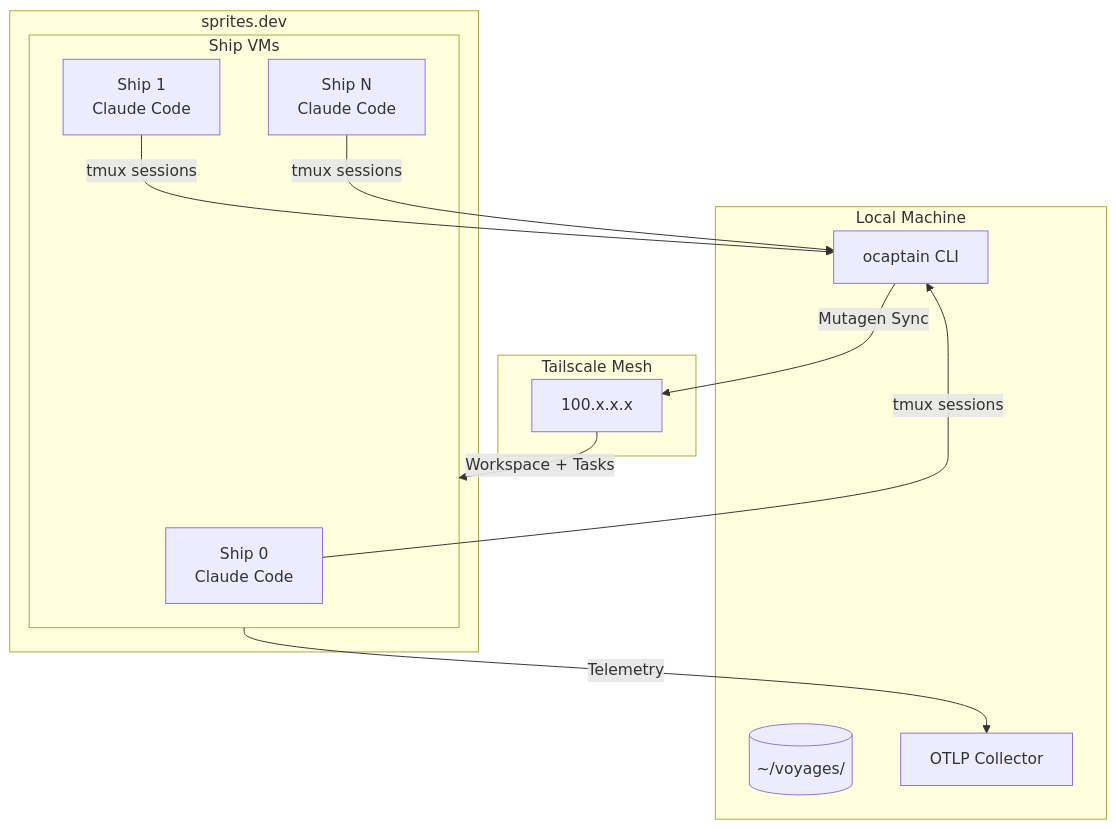
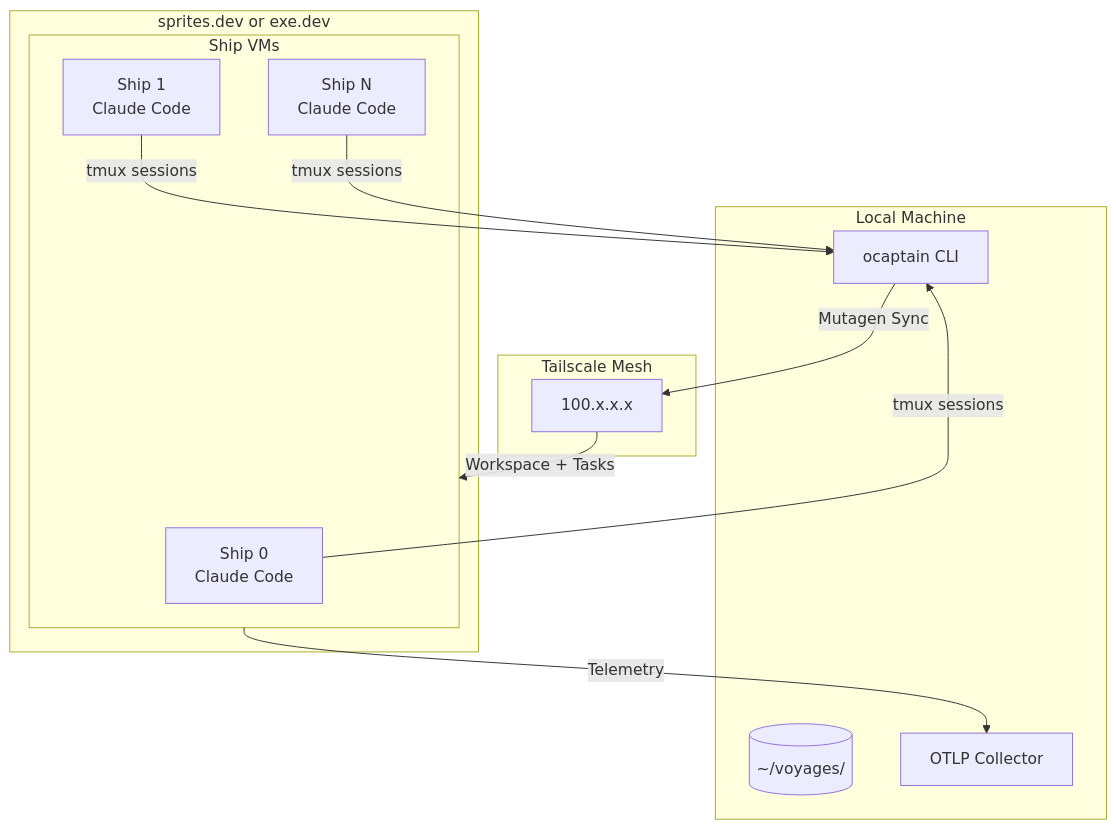
Before and after one commit to smithclay/ocaptain: the diagram in README.md, drawn with Mermaid. The commit also changed other lines of this file, not shown here.

````diff
--- a/README.md
+++ b/README.md
@@ -128,25 +130,25 @@
 ```mermaid
 flowchart TB
     subgraph Local["Local Machine"]
         CLI[ocaptain CLI]
         Voyages[(~/voyages/)]
         Telemetry[OTLP Collector]
     end
 
     subgraph Tailscale["Tailscale Mesh"]
         TS[100.x.x.x]
     end
 
-    subgraph Sprites["sprites.dev"]
+    subgraph Sprites["sprites.dev or exe.dev"]
         subgraph Fleet["Ship VMs"]
             S0[Ship 0<br/>Claude Code]
             S1[Ship 1<br/>Claude Code]
             S2[Ship N<br/>Claude Code]
         end
     end
 
     CLI -->|Mutagen Sync| TS
     TS -->|Workspace + Tasks| Fleet
     Fleet -->|Telemetry| Telemetry
     S0 & S1 & S2 -->|tmux sessions| CLI
 ```
````
